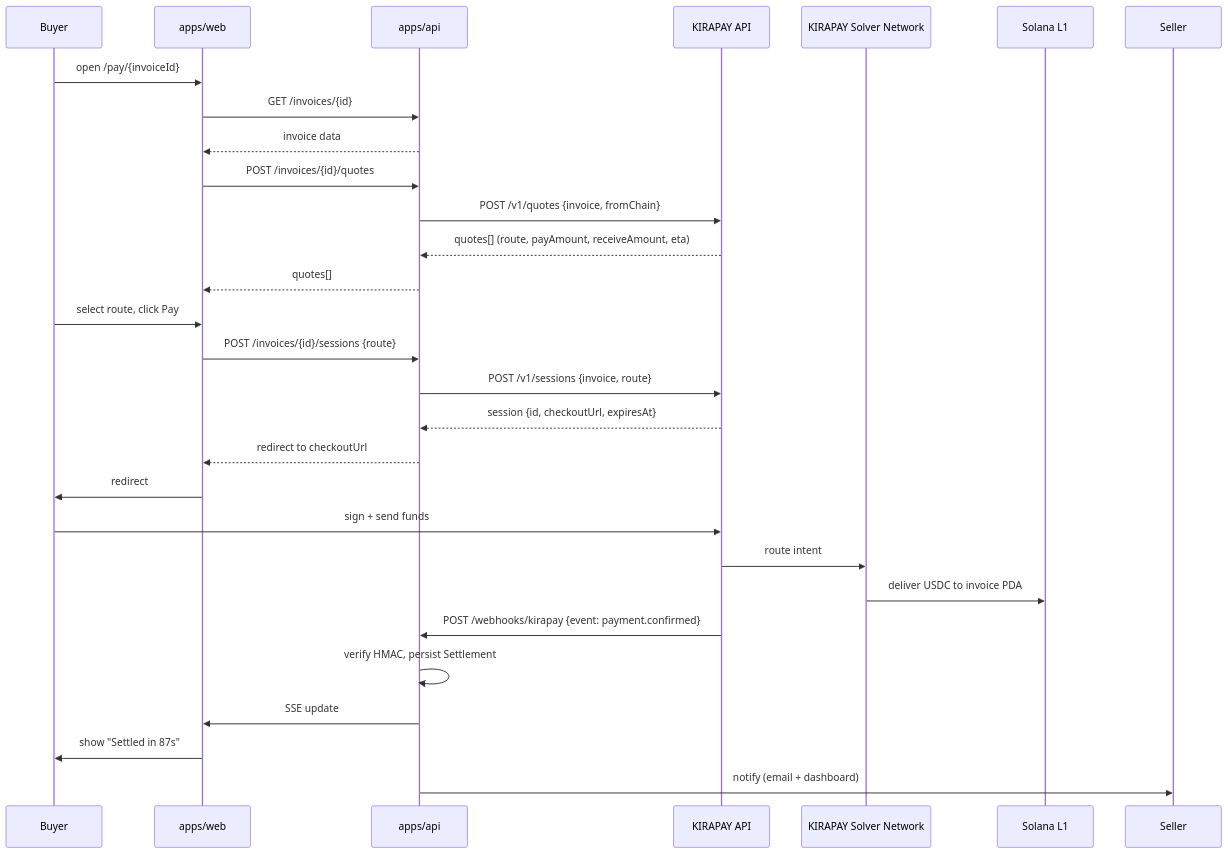
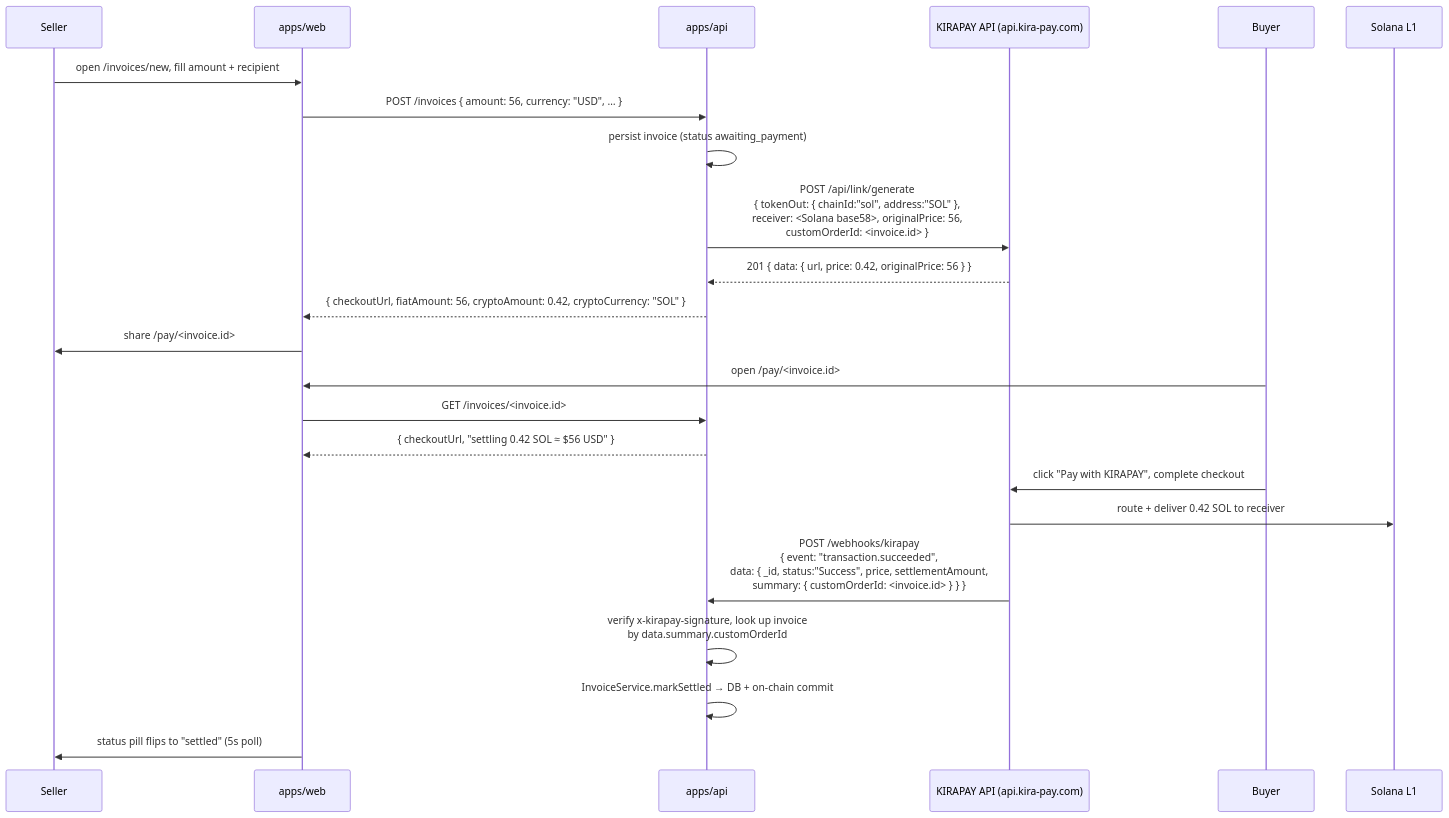
One commit to ezedike-evan/konfide changed the diagram in docs/submissions/kirapay.md. Above: the diagram before and after it, drawn with Mermaid. The commit also changed other lines of this file and 2 other files, not shown here.

First line of the commit message:
docs(kirapay): document real endpoints, Solana settlement, customOrderId pattern

````diff
--- a/docs/submissions/kirapay.md
+++ b/docs/submissions/kirapay.md
@@ -31,32 +27,27 @@
 ```mermaid
 sequenceDiagram
-    participant Buyer
+    participant Seller
     participant Web as apps/web
     participant API as apps/api
-    participant Kira as KIRAPAY API
-    participant Solver as KIRAPAY Solver Network
+    participant Kira as KIRAPAY API (api.kira-pay.com)
+    participant Buyer
     participant Solana as Solana L1
-    participant Seller
 
-    Buyer->>Web: open /pay/{invoiceId}
-    Web->>API: GET /invoices/{id}
-    API-->>Web: invoice data
-    Web->>API: POST /invoices/{id}/quotes
-    API->>Kira: POST /v1/quotes {invoice, fromChain}
-    Kira-->>API: quotes[] (route, payAmount, receiveAmount, eta)
-    API-->>Web: quotes[]
-    Buyer->>Web: select route, click Pay
-    Web->>API: POST /invoices/{id}/sessions {route}
-    API->>Kira: POST /v1/sessions {invoice, route}
-    Kira-->>API: session {id, checkoutUrl, expiresAt}
-    API-->>Web: redirect to checkoutUrl
-    Web->>Buyer: redirect
-    Buyer->>Kira: sign + send funds
-    Kira->>Solver: route intent
-    Solver->>Solana: deliver USDC to invoice PDA
-    Kira->>API: POST /webhooks/kirapay {event: payment.confirmed}
-    API->>API: verify HMAC, persist Settlement
-    API->>Web: SSE update
-    Web->>Buyer: show "Settled in 87s"
-    API->>Seller: notify (email + dashboard)
+    Seller->>Web: open /invoices/new, fill amount + recipient
+    Web->>API: POST /invoices { amount: 56, currency: "USD", … }
+    API->>API: persist invoice (status awaiting_payment)
+    API->>Kira: POST /api/link/generate<br/>{ tokenOut: { chainId:"sol", address:"SOL" },<br/>  receiver: <Solana base58>, originalPrice: 56,<br/>  customOrderId: <invoice.id> }
+    Kira-->>API: 201 { data: { url, price: 0.42, originalPrice: 56 } }
+    API-->>Web: { checkoutUrl, fiatAmount: 56, cryptoAmount: 0.42, cryptoCurrency: "SOL" }
+    Web->>Seller: share /pay/<invoice.id>
+
+    Buyer->>Web: open /pay/<invoice.id>
+    Web->>API: GET /invoices/<invoice.id>
+    API-->>Web: { checkoutUrl, "settling 0.42 SOL ≈ $56 USD" }
+    Buyer->>Kira: click "Pay with KIRAPAY", complete checkout
+    Kira->>Solana: route + deliver 0.42 SOL to receiver
+    Kira->>API: POST /webhooks/kirapay<br/>{ event: "transaction.succeeded",<br/>  data: { _id, status:"Success", price, settlementAmount,<br/>          summary: { customOrderId: <invoice.id> } } }
+    API->>API: verify x-kirapay-signature, look up invoice<br/>by data.summary.customOrderId
+    API->>API: InvoiceService.markSettled → DB + on-chain commit
+    Web->>Seller: status pill flips to "settled" (5s poll)
 ```
````
